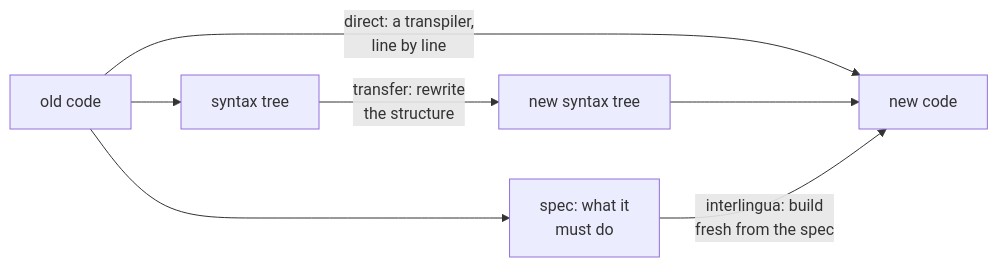
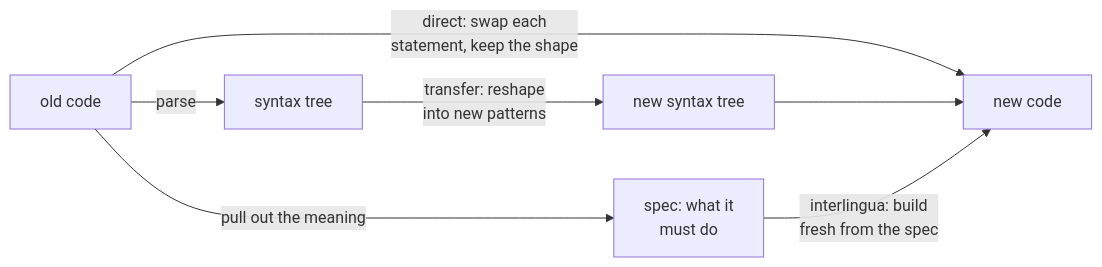
Before and after one commit to locchh/blogs: the first of 2 diagrams in src/content/blog/migration_is_translation.md, drawn with Mermaid. The commit also changed other lines of this file, not shown here.

````diff
--- a/src/content/blog/migration_is_translation.md
+++ b/src/content/blog/migration_is_translation.md
@@ -18,8 +24,8 @@
 ```mermaid
 flowchart LR
   OLD["old code"]
   NEW["new code"]
-  OLD -->|"direct: a transpiler,<br/>line by line"| NEW
-  OLD --> T1["syntax tree"] -->|"transfer: rewrite<br/>the structure"| T2["new syntax tree"] --> NEW
-  OLD --> S1["spec: what it<br/>must do"] -->|"interlingua: build<br/>fresh from the spec"| NEW
+  OLD -->|"direct: swap each<br/>statement, keep the shape"| NEW
+  OLD -->|"parse"| T1["syntax tree"] -->|"transfer: reshape<br/>into new patterns"| T2["new syntax tree"] --> NEW
+  OLD -->|"pull out the meaning"| S1["spec: what it<br/>must do"] -->|"interlingua: build<br/>fresh from the spec"| NEW
 ```
````
